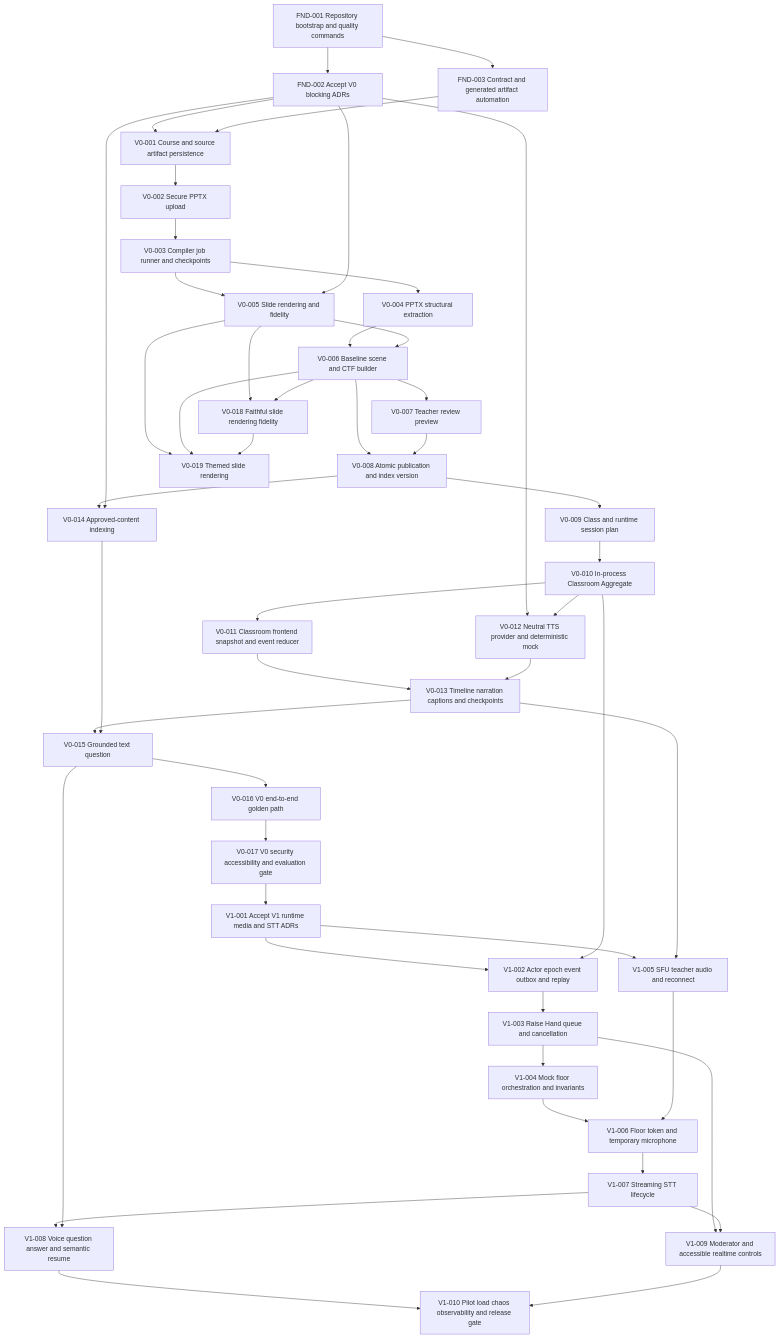
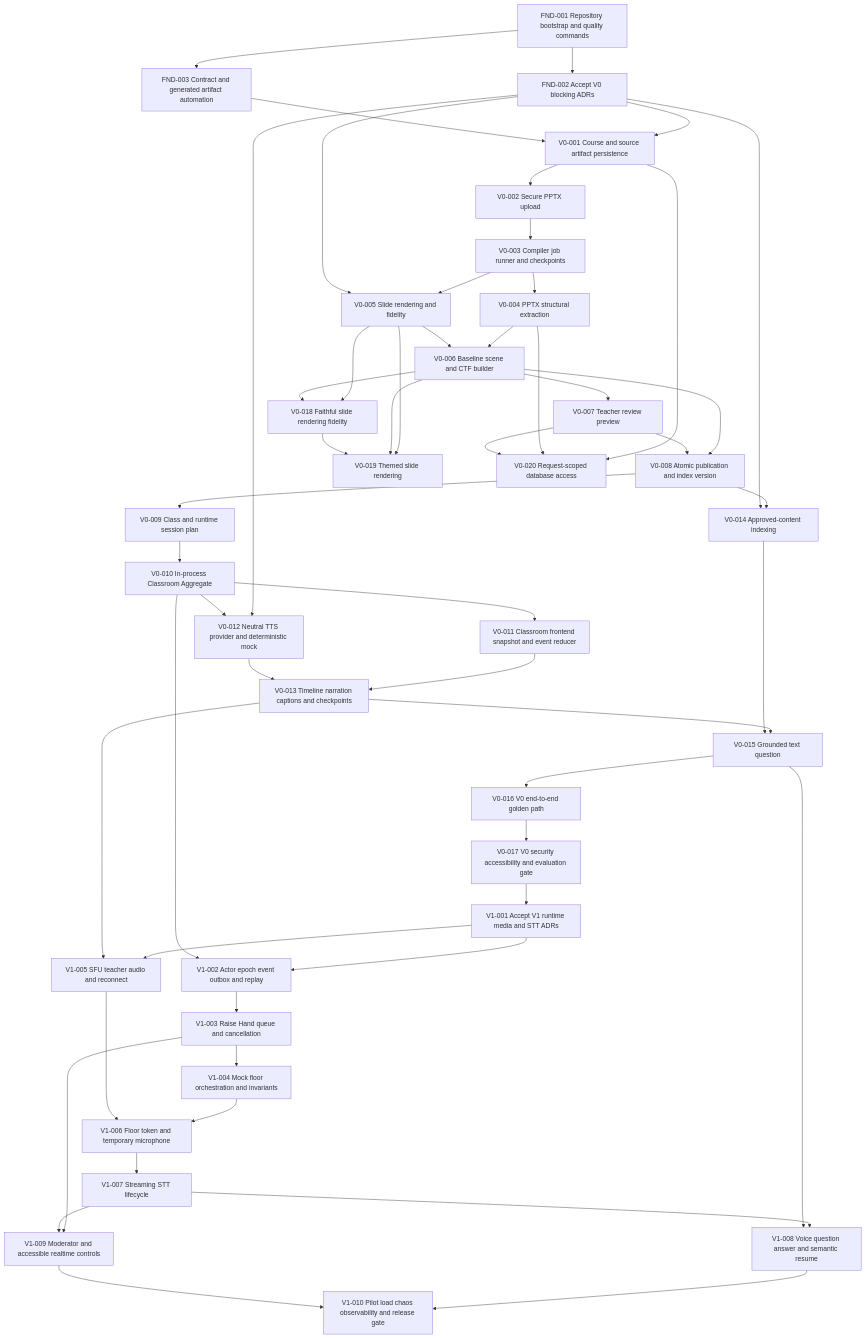
Before and after one commit to dnguyen24498/Mentora: the diagram in tasks/DEPENDENCY_GRAPH.md, drawn with Mermaid. The commit also changed 11 other files, not shown here.

```diff
--- a/tasks/DEPENDENCY_GRAPH.md
+++ b/tasks/DEPENDENCY_GRAPH.md
@@ -56,6 +56,10 @@
   V0_005 --> V0_019
   V0_006 --> V0_019
   V0_018 --> V0_019
+  V0_020["V0-020 Request-scoped database access"]
+  V0_001 --> V0_020
+  V0_004 --> V0_020
+  V0_007 --> V0_020
   V1_001["V1-001 Accept V1 runtime media and STT ADRs"]
   V0_017 --> V1_001
   V1_002["V1-002 Actor epoch event outbox and replay"]
```
